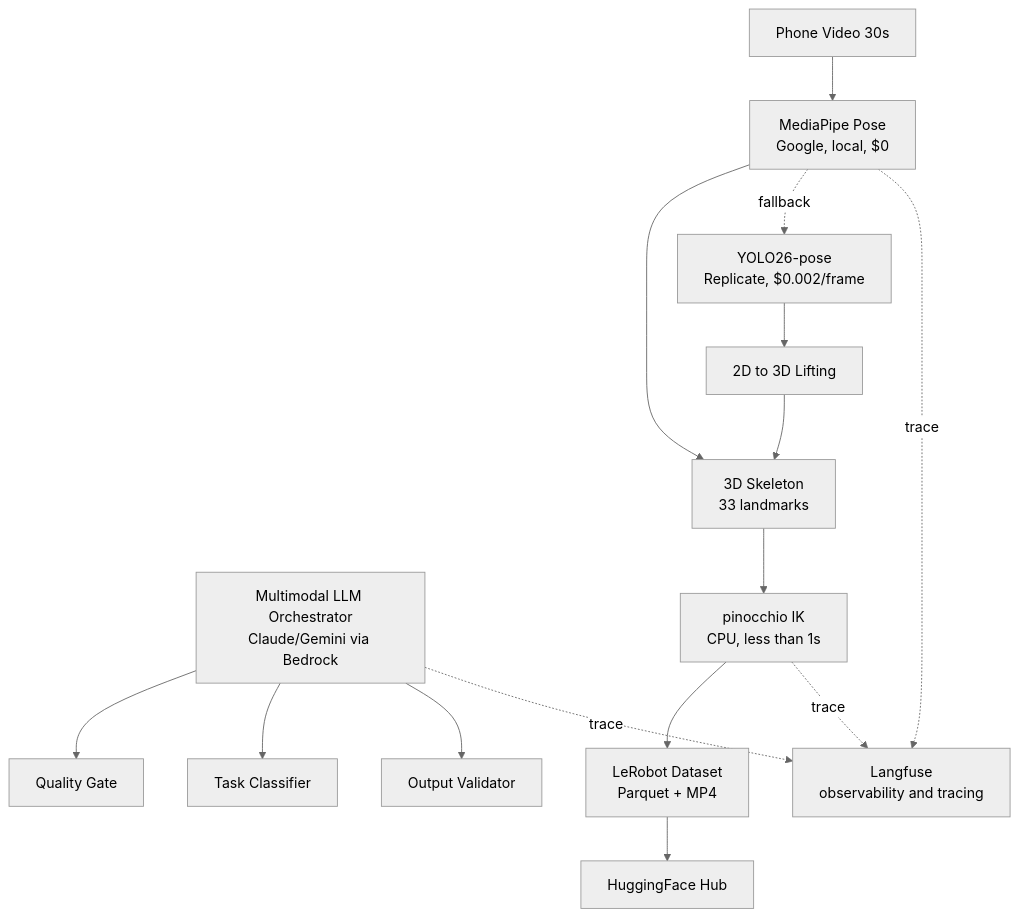
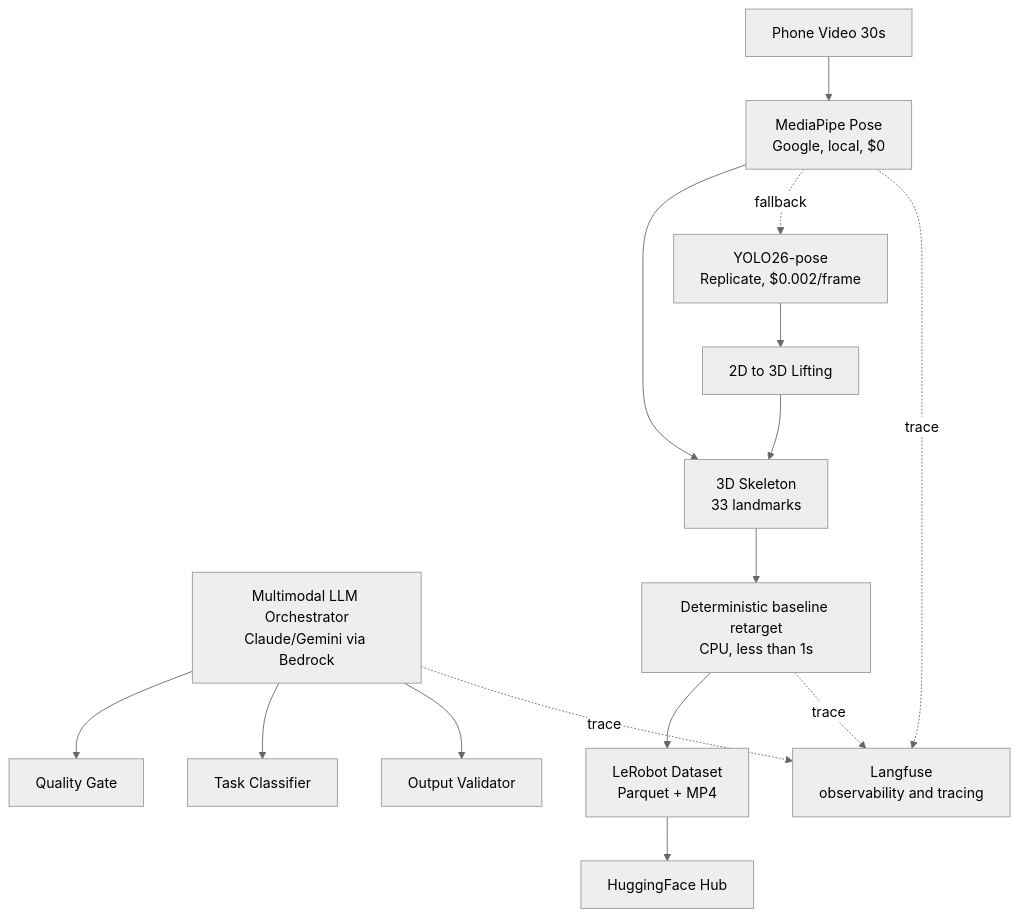
The second of 2 diagrams in docs/README-original.md (InNoobWeTrust/aabw-2026), drawn with Mermaid (neutral theme) before and after one commit. The commit also changed other lines of this file and 11 other files, not shown here.

````diff
--- a/docs/README-original.md
+++ b/docs/README-original.md
@@ -35,22 +37,22 @@
 ```mermaid
 graph TD
     O[Multimodal LLM Orchestrator<br/>Claude/Gemini via Bedrock]
     O --> QG[Quality Gate]
     O --> TC[Task Classifier]
     O --> OV[Output Validator]
 
     PV[Phone Video 30s] --> MP[MediaPipe Pose<br/>Google, local, $0]
     MP --> SK[3D Skeleton<br/>33 landmarks]
-    SK --> IK[pinocchio IK<br/>CPU, less than 1s]
+    SK --> IK[Deterministic baseline retarget<br/>CPU, less than 1s]
     IK --> LR[LeRobot Dataset<br/>Parquet + MP4]
 
     MP -.->|fallback| YO[YOLO26-pose<br/>Replicate, $0.002/frame]
     YO --> LIFT[2D to 3D Lifting]
     LIFT --> SK
 
     LR --> HF[HuggingFace Hub]
 
     O -.->|trace| LF[Langfuse<br/>observability and tracing]
     MP -.->|trace| LF
     IK -.->|trace| LF
 ```
````
